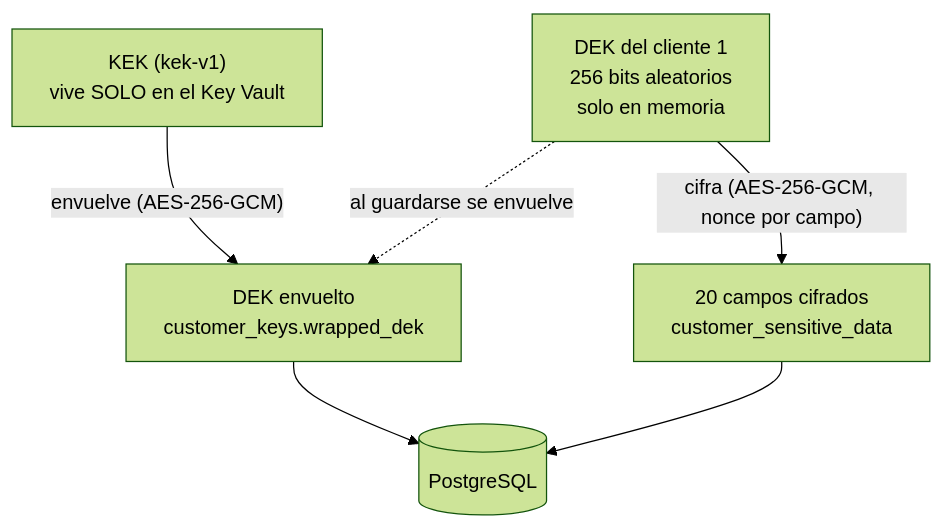
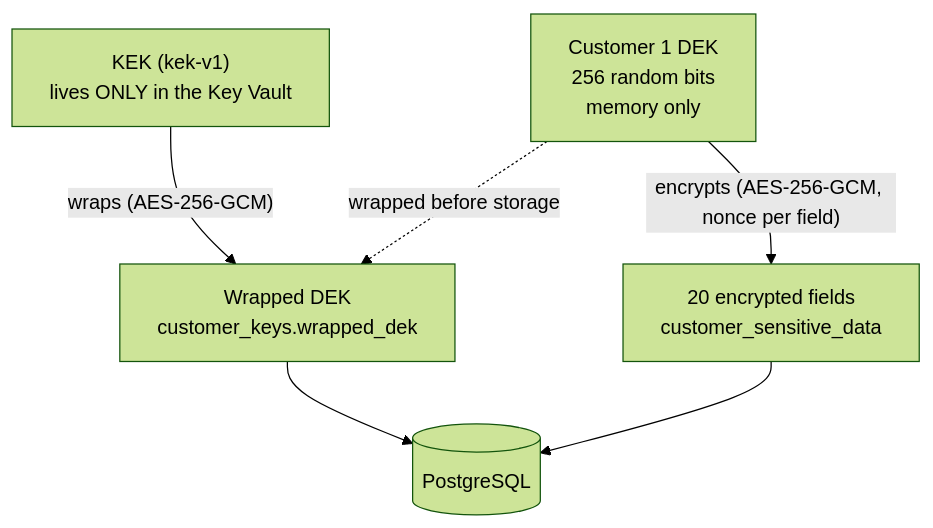
One commit to lccjavo/cetys-unit4-disaster-recovery-lab changed the fourth of 4 diagrams in README.md. Above: the diagram before and after it, drawn with Mermaid (forest theme). The commit also changed other lines of this file and 95 other files, not shown here.

````diff
--- a/README.md
+++ b/README.md
@@ -846,8 +846,8 @@
 ```mermaid
 flowchart TB
-  KEK["KEK (kek-v1)<br/>vive SOLO en el Key Vault"] -- "envuelve (AES-256-GCM)" --> WDEK["DEK envuelto<br/>customer_keys.wrapped_dek"]
-  DEK["DEK del cliente 1<br/>256 bits aleatorios<br/>solo en memoria"] -. "al guardarse se envuelve" .-> WDEK
-  DEK -- "cifra (AES-256-GCM, nonce por campo)" --> F["20 campos cifrados<br/>customer_sensitive_data"]
+  KEK["KEK (kek-v1)<br/>lives ONLY in the Key Vault"] -- "wraps (AES-256-GCM)" --> WDEK["Wrapped DEK<br/>customer_keys.wrapped_dek"]
+  DEK["Customer 1 DEK<br/>256 random bits<br/>memory only"] -. "wrapped before storage" .-> WDEK
+  DEK -- "encrypts (AES-256-GCM, nonce per field)" --> F["20 encrypted fields<br/>customer_sensitive_data"]
   WDEK --> PG[("PostgreSQL")]
   F --> PG
 ```
````
